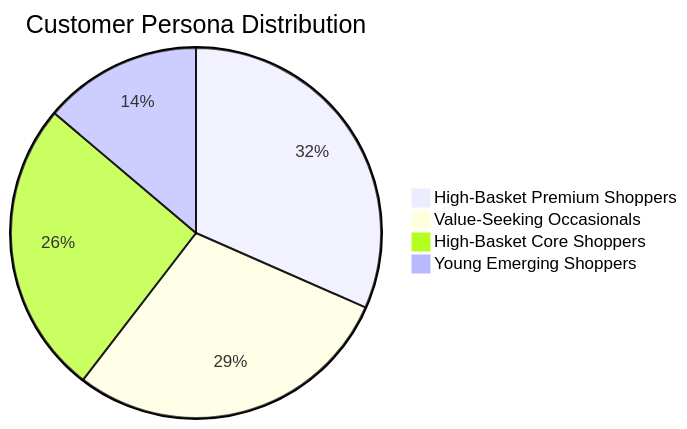
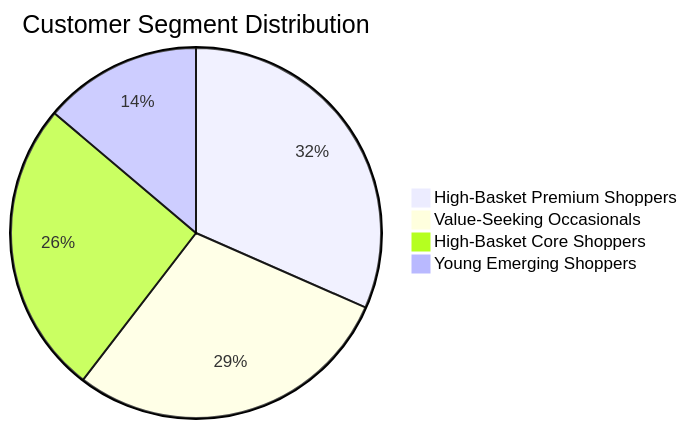
The second of 2 diagrams in reports/executive_project_report.md (aladdin-dev0/retail-customer-behavior-analysis), drawn with Mermaid before and after one commit. The commit also changed other lines of this file and 5 other files, not shown here.

````diff
--- a/reports/executive_project_report.md
+++ b/reports/executive_project_report.md
@@ -141,7 +141,7 @@
 ```mermaid
-pie title Customer Persona Distribution
+pie title Customer Segment Distribution
     "High-Basket Premium Shoppers" : 1232
     "Value-Seeking Occasionals" : 1125
     "High-Basket Core Shoppers" : 1004
     "Young Emerging Shoppers" : 539
 ```
````
